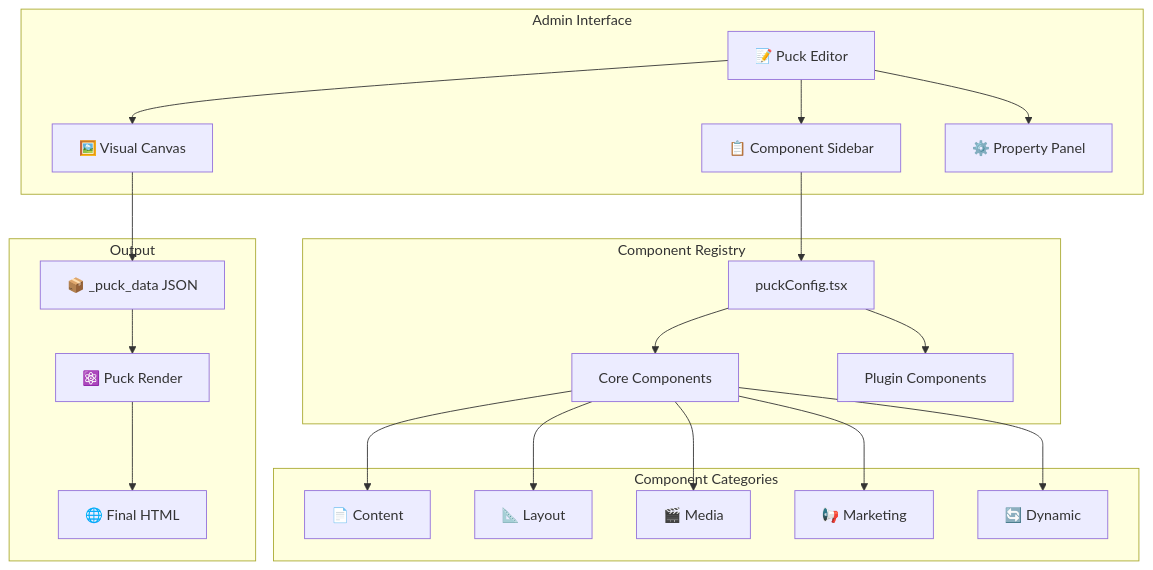
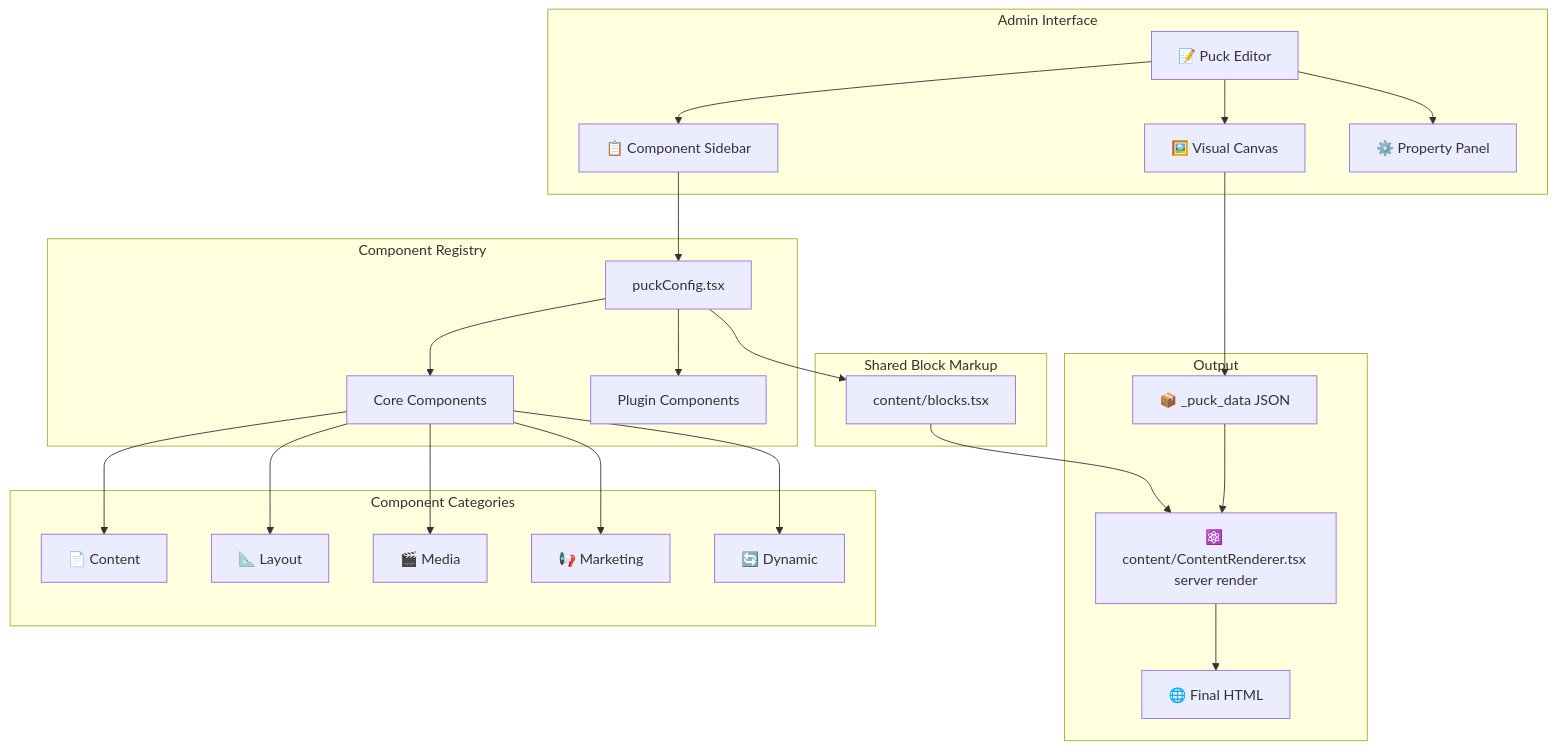
Before and after one commit to jaimemartinez/wordjs: the fifth of 11 diagrams in documentation/architecture.md, drawn with Mermaid. The commit also changed other lines of this file and 24 other files, not shown here.

First line of the commit message:
docs: reconcile the documentation set against the shipped code, and add three diagrams

````diff
--- a/documentation/architecture.md
+++ b/documentation/architecture.md
@@ -240,44 +255,50 @@
 ```mermaid
 graph TB
     subgraph "Admin Interface"
         Editor[📝 Puck Editor]
         Sidebar[📋 Component Sidebar]
         Canvas[🖼️ Visual Canvas]
         Props[⚙️ Property Panel]
     end
 
     subgraph "Component Registry"
         Config[puckConfig.tsx]
         Core[Core Components]
         Plugins[Plugin Components]
     end
 
+    subgraph "Shared Block Markup"
+        Blocks[content/blocks.tsx]
+    end
+
     subgraph "Component Categories"
         Content[📄 Content]
         Layout[📐 Layout]
         Media[🎬 Media]
         Marketing[📢 Marketing]
         Dynamic[🔄 Dynamic]
     end
 
     subgraph "Output"
         PuckData[📦 _puck_data JSON]
-        Render[⚛️ Puck Render]
+        Render[⚛️ content/ContentRenderer.tsx server render]
         HTML[🌐 Final HTML]
     end
 
     Editor --> Sidebar
     Editor --> Canvas
     Editor --> Props
     Sidebar --> Config
     Config --> Core
     Config --> Plugins
+    Config --> Blocks
+    Blocks --> Render
     Core --> Content
     Core --> Layout
     Core --> Media
     Core --> Marketing
     Core --> Dynamic
     Canvas --> PuckData
     PuckData --> Render
     Render --> HTML
 ```
````
